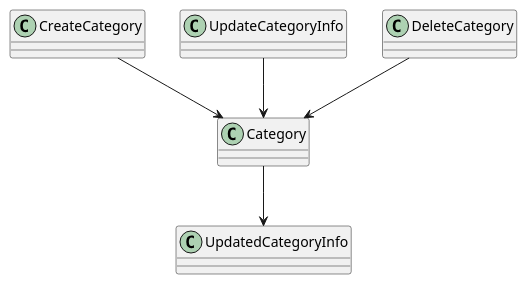
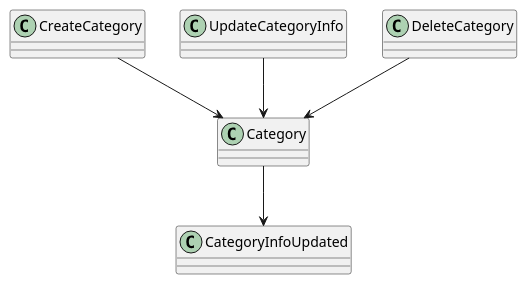
The diagram in design/domain/category/relationCDE.puml (LDmoxeii/only4-KSP-cap4j), drawn with PlantUML before and after one commit. The commit also changed 3 other files, not shown here.

```diff
--- a/design/domain/category/relationCDE.puml
+++ b/design/domain/category/relationCDE.puml
@@ -1,7 +1,7 @@
 @startuml
 CreateCategory      -down-> Category
 UpdateCategoryInfo  -down-> Category
 DeleteCategory      -down-> Category
 
-Category -down-> UpdatedCategoryInfo
+Category -down-> CategoryInfoUpdated
 @enduml
```
